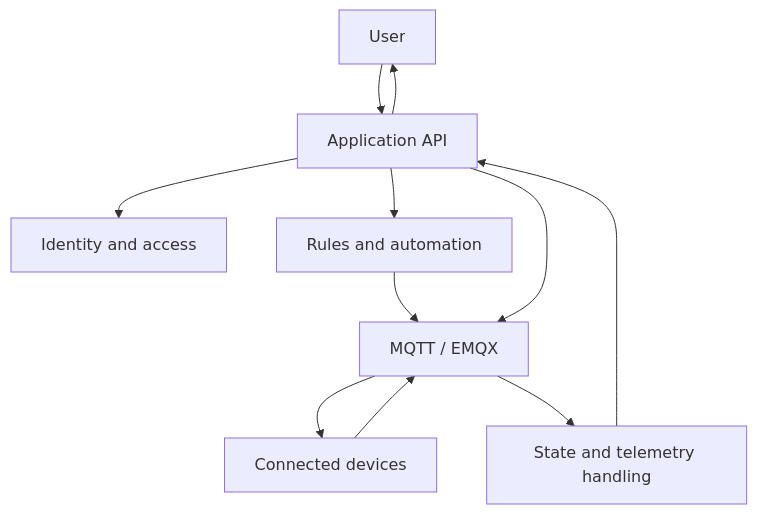
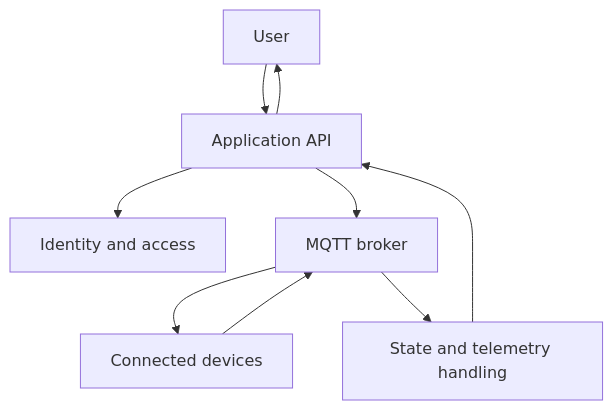
The diagram in frontend/content/blog/building-iotnet.md (farismnrr/portofolio), drawn with Mermaid before and after one commit. The commit also changed other lines of this file and 4 other files, not shown here.

````diff
--- a/frontend/content/blog/building-iotnet.md
+++ b/frontend/content/blog/building-iotnet.md
@@ -90,13 +23,11 @@
 ```mermaid
 flowchart TD
     U[User] --> API[Application API]
     API --> AUTH[Identity and access]
-    API --> RULES[Rules and automation]
-    RULES --> MQTT[MQTT / EMQX]
-    API --> MQTT
+    API --> MQTT[MQTT broker]
     MQTT --> DEV[Connected devices]
     DEV --> MQTT
     MQTT --> STATE[State and telemetry handling]
     STATE --> API
     API --> U
 ```
````
